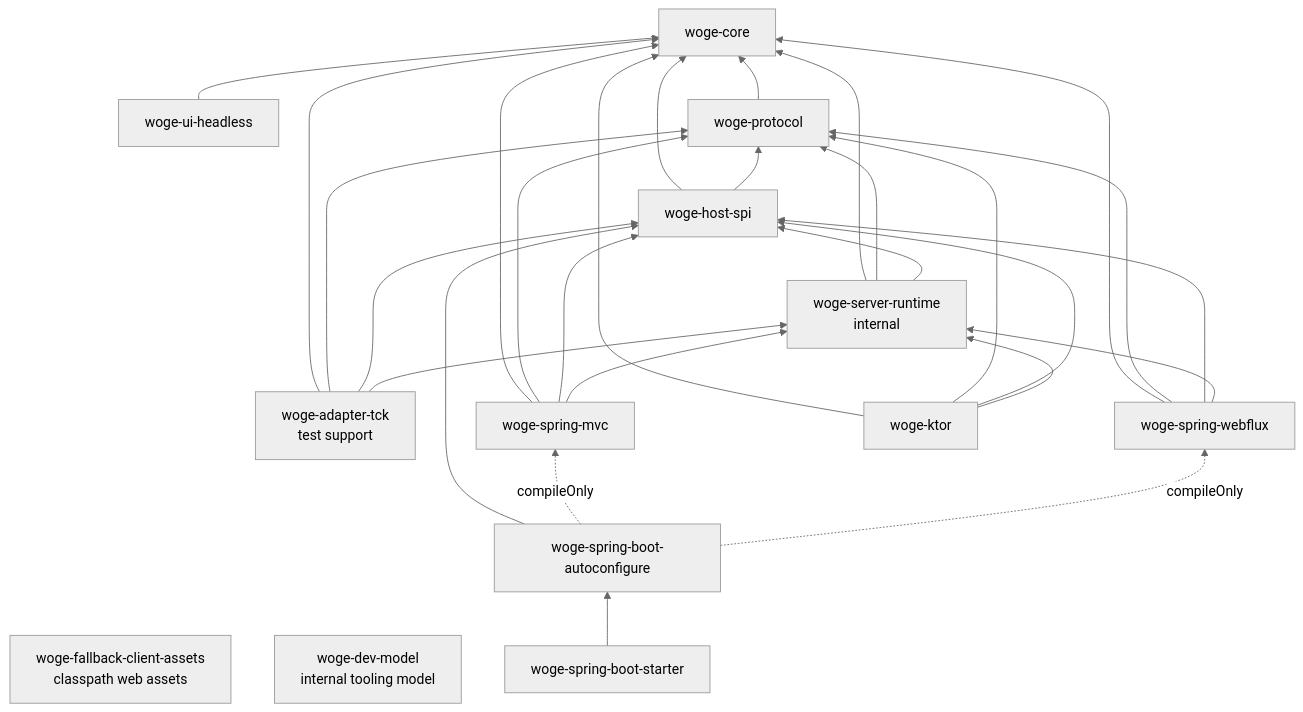
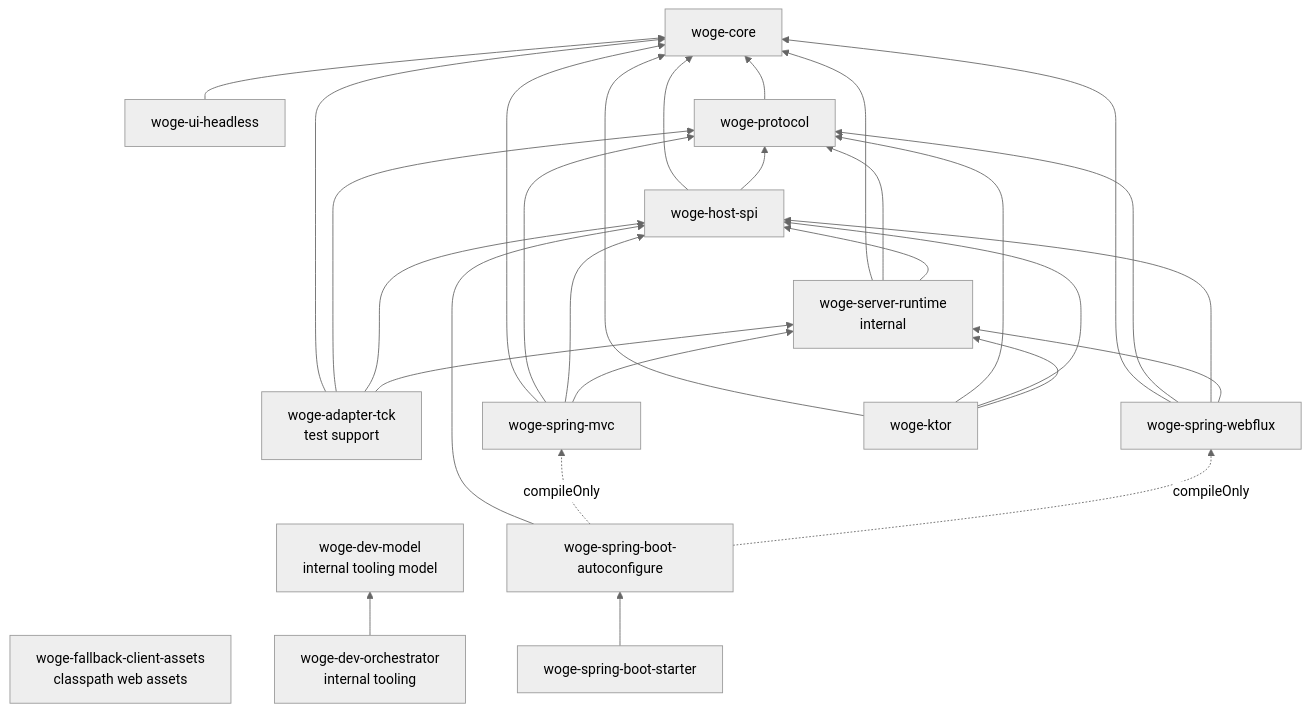
One commit to christian-draeger/woge changed the diagram in docs/architecture/module-graph.md. Above: the diagram before and after it, drawn with Mermaid (neutral theme). The commit also changed other lines of this file and 18 other files, not shown here.

First line of the commit message:
feat(dev): add generation-safe development orchestrator

````diff
--- a/docs/architecture/module-graph.md
+++ b/docs/architecture/module-graph.md
@@ -8,32 +8,33 @@
 ```mermaid
 flowchart BT
     UI[woge-ui-headless] --> Core[woge-core]
     Assets[woge-fallback-client-assets<br/>classpath web assets]
     Protocol[woge-protocol] --> Core
     SPI[woge-host-spi] --> Core
     SPI --> Protocol
     Runtime[woge-server-runtime<br/>internal] --> Core
     Runtime --> Protocol
     Runtime --> SPI
     DevModel[woge-dev-model<br/>internal tooling model]
+    DevOrchestrator[woge-dev-orchestrator<br/>internal tooling] --> DevModel
     TCK[woge-adapter-tck<br/>test support] --> Core
     TCK --> Protocol
     TCK --> SPI
     TCK --> Runtime
     MVC[woge-spring-mvc] --> Core
     MVC --> Protocol
     MVC --> SPI
     MVC --> Runtime
     WebFlux[woge-spring-webflux] --> Core
     WebFlux --> Protocol
     WebFlux --> SPI
     WebFlux --> Runtime
     Ktor[woge-ktor] --> Core
     Ktor --> Protocol
     Ktor --> SPI
     Ktor --> Runtime
     Auto[woge-spring-boot-autoconfigure] --> SPI
     Auto -. compileOnly .-> MVC
     Auto -. compileOnly .-> WebFlux
     Starter[woge-spring-boot-starter] --> Auto
 ```
````
